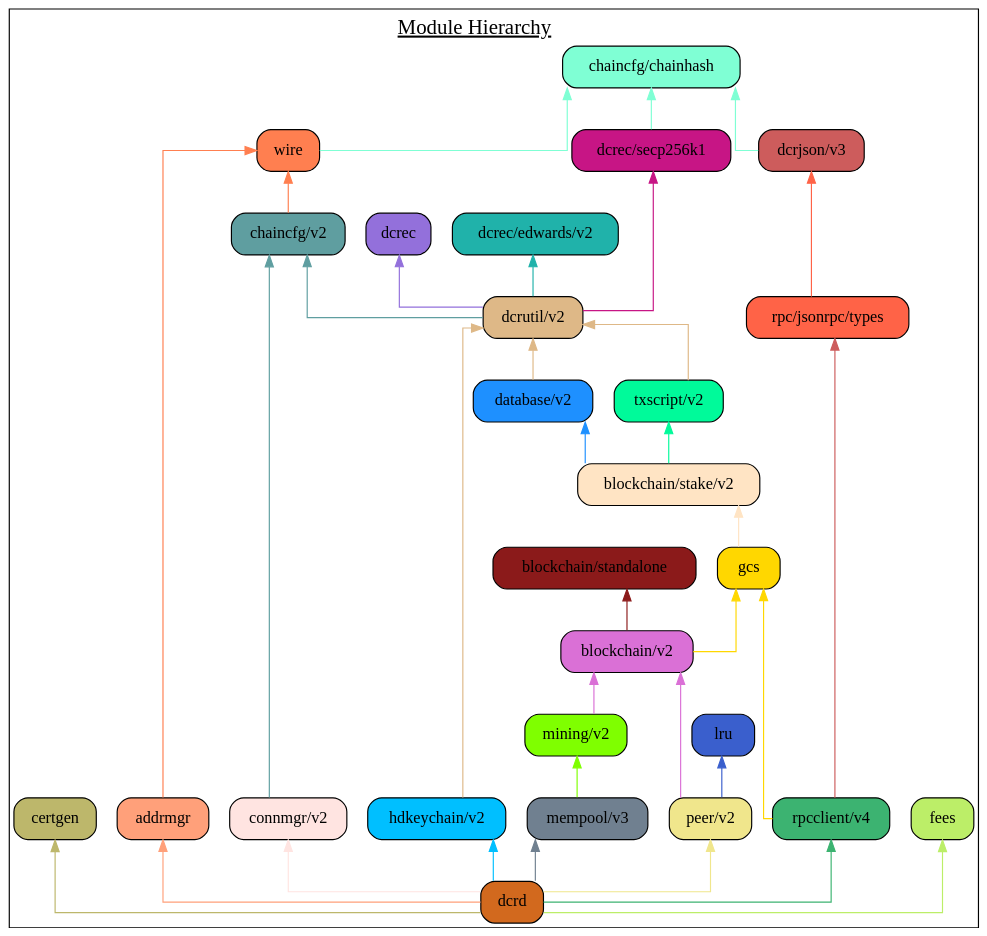
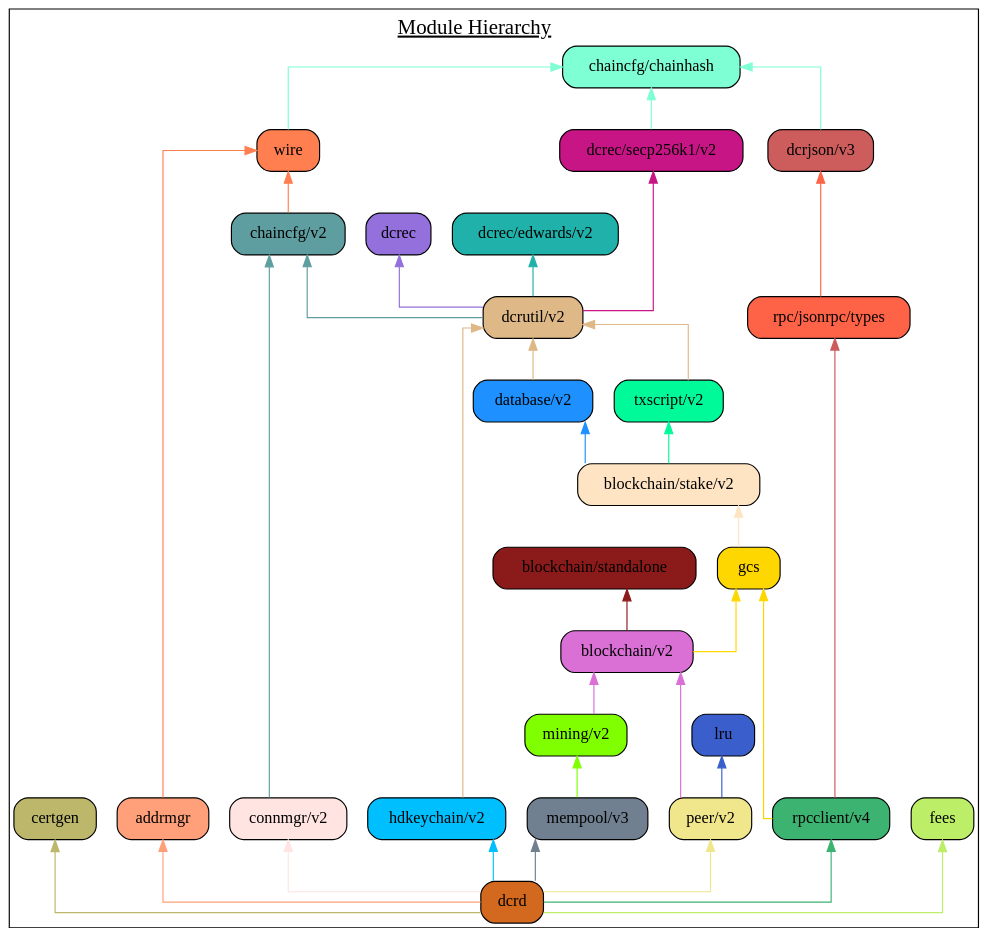
Before and after one commit to decred/dcrd: the diagram in docs/assets/module_hierarchy.gv, drawn with Graphviz. The commit also changed 2 other files, not shown here.

Commit message:
docs: Update for secp256k1 v2 module.

```diff
--- a/docs/assets/module_hierarchy.gv
+++ b/docs/assets/module_hierarchy.gv
@@ -1,69 +1,69 @@
 digraph {
 	graph [splines=ortho colorscheme=svg label=<<u>Module Hierarchy</u>> labelloc=t fontsize=18.0]
 	node [shape=box style="filled, rounded"]
 
 	certgen [label="certgen" fillcolor=darkkhaki]
 	chainhash [label="chaincfg/chainhash" fillcolor=aquamarine]
 	dcrjson [label="dcrjson/v3" fillcolor=indianred]
 	types [label="rpc/jsonrpc/types" fillcolor=tomato]
 	wire [label="wire" fillcolor=coral]
 	addrmgr [label="addrmgr" fillcolor=lightsalmon]
 	chaincfg [label="chaincfg/v2" fillcolor=cadetblue]
 	connmgr [label="connmgr/v2" fillcolor=mistyrose]
 	dcrec [label="dcrec" fillcolor=mediumpurple]
 	edwards [label="dcrec/edwards/v2" fillcolor=lightseagreen]
-	secp256k1 [label="dcrec/secp256k1" fillcolor=mediumvioletred]
+	secp256k1 [label="dcrec/secp256k1/v2" fillcolor=mediumvioletred]
 	dcrutil [label="dcrutil/v2" fillcolor=burlywood]
 	database [label="database/v2" fillcolor=dodgerblue]
 	hdkeychain [label="hdkeychain/v2" fillcolor=deepskyblue]
 	txscript [label="txscript/v2" fillcolor=mediumspringgreen]
 	stake [label="blockchain/stake/v2" fillcolor=bisque]
 	standalone [label="blockchain/standalone" fillcolor=firebrick4]
 	gcs [label="gcs" fillcolor=gold]
 	blockchain [label="blockchain/v2" fillcolor=orchid]
 	mempool [label="mempool/v3" fillcolor=slategray]
 	mining [label="mining/v2" fillcolor=chartreuse]
 	lru  [label="lru" fillcolor=royalblue3]
 	peer [label="peer/v2" fillcolor=khaki]
 	rpcclient [label="rpcclient/v4" fillcolor=mediumseagreen]
 	fees [label="fees" fillcolor=darkolivegreen2]
 	dcrd [label="dcrd" fillcolor=chocolate]
 
 	{rank=same connmgr addrmgr hdkeychain peer rpcclient mempool}
 
 	certgen
 	chainhash -> dcrjson [dir=back color=aquamarine]
 	chainhash -> wire [dir=back color=aquamarine]
 	wire -> addrmgr [dir=back color=coral]
 	wire -> chaincfg [dir=back color=coral]
 	chaincfg -> connmgr [dir=back color=cadetblue]
 	chainhash -> secp256k1 [dir=back color=aquamarine]
 	chaincfg -> dcrutil [dir=back color=cadetblue]
 	dcrec -> dcrutil [dir=back color=mediumpurple]
 	edwards ->  dcrutil [dir=back color=lightseagreen]
 	secp256k1 ->  dcrutil [dir=back color=mediumvioletred]
 	dcrutil -> database [dir=back color=burlywood]
 	dcrutil -> hdkeychain [dir=back color=burlywood]
 	dcrutil -> txscript [dir=back color=burlywood]
 	database ->  stake [dir=back color=dodgerblue]
 	txscript -> stake [dir=back color=mediumspringgreen]
 	stake -> gcs [dir=back color=bisque]
 	standalone -> blockchain [dir=back color=firebrick4]
 	gcs -> blockchain [dir=back color=gold]
 	gcs -> rpcclient [dir=back color=gold]
 	blockchain -> mining [dir=back color=orchid]
 	mining -> mempool [dir=back color=chartreuse]
 	lru -> peer [dir=back color=royalblue3]
 	blockchain -> peer [dir=back color=orchid]
 	dcrjson -> types [dir=back color=tomato]
 	types -> rpcclient [dir=back color=indianred]
 
 	fees -> dcrd [dir=back color=darkolivegreen2]
 	mempool -> dcrd [dir=back color=slategray]
 	certgen -> dcrd [dir=back color=darkkhaki]
 	addrmgr -> dcrd [dir=back color=lightsalmon]
 	hdkeychain -> dcrd [dir=back color=deepskyblue]
 	connmgr -> dcrd [dir=back color=mistyrose]
 	rpcclient -> dcrd [dir=back color=mediumseagreen]
 	peer -> dcrd [dir=back color=khaki]
 }
```
